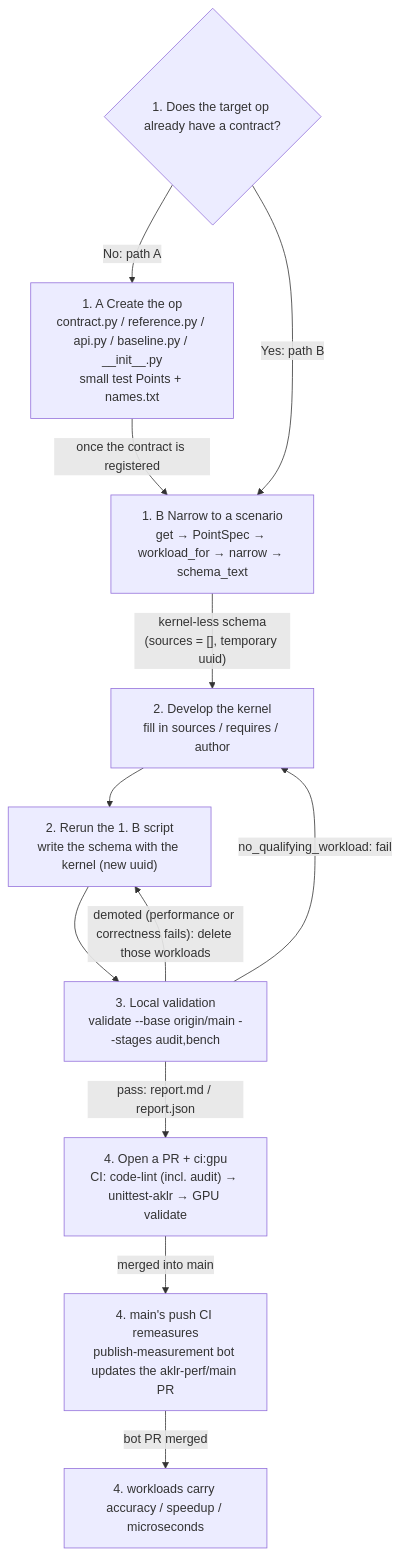
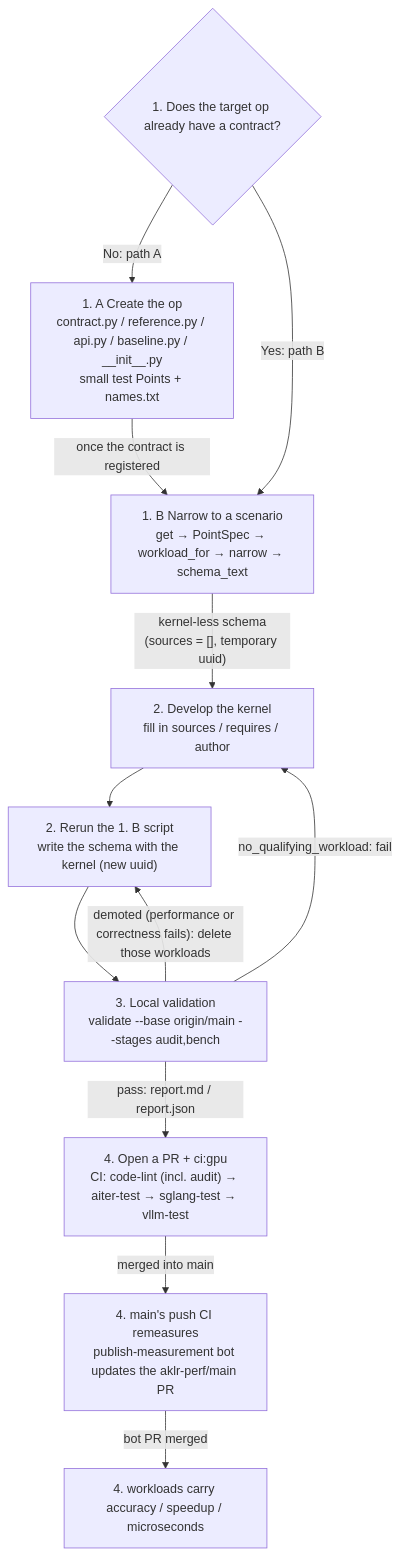
The diagram in docs/ops_tutorial.md (AMD-AGI/AKLR), drawn with Mermaid before and after one commit. The commit also changed other lines of this file and 81 other files, not shown here.

First line of the commit message:
refactor(ci): pin the stack in stack.json and test in aiter-test, sglang-test and vllm-test (#220)

````diff
--- a/docs/ops_tutorial.md
+++ b/docs/ops_tutorial.md
@@ -13,14 +13,14 @@
 ```mermaid
 flowchart TD
     S{"1. Does the target op already have a contract?"} -->|"No: path A"| A["1. A Create the op<br/>contract.py / reference.py / api.py / baseline.py / __init__.py<br/>small test Points + names.txt"]
     S -->|"Yes: path B"| B["1. B Narrow to a scenario<br/>get → PointSpec → workload_for → narrow → schema_text"]
     A -->|"once the contract is registered"| B
     B -->|"kernel-less schema<br/>(sources = [], temporary uuid)"| D["2. Develop the kernel<br/>fill in sources / requires / author"]
     D --> R["2. Rerun the 1. B script<br/>write the schema with the kernel (new uuid)"]
     R --> V["3. Local validation<br/>validate --base origin/main --stages audit,bench"]
     V -->|"no_qualifying_workload: fail"| D
     V -->|"demoted (performance or correctness fails): delete those workloads"| R
-    V -->|"pass: report.md / report.json"| P["4. Open a PR + ci:gpu<br/>CI: code-lint (incl. audit) → unittest-aklr → GPU validate"]
+    V -->|"pass: report.md / report.json"| P["4. Open a PR + ci:gpu<br/>CI: code-lint (incl. audit) → aiter-test → sglang-test → vllm-test"]
     P -->|"merged into main"| M["4. main's push CI remeasures<br/>publish-measurement bot updates the aklr-perf/main PR"]
     M -->|"bot PR merged"| N["4. workloads carry accuracy / speedup / microseconds"]
 ```
````
